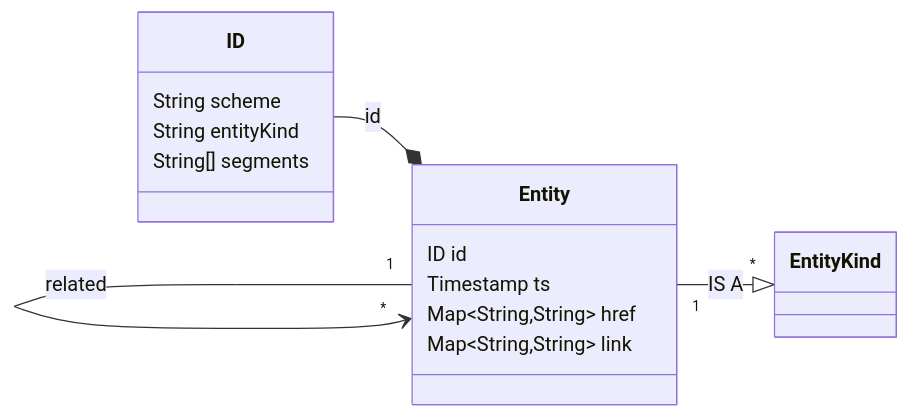
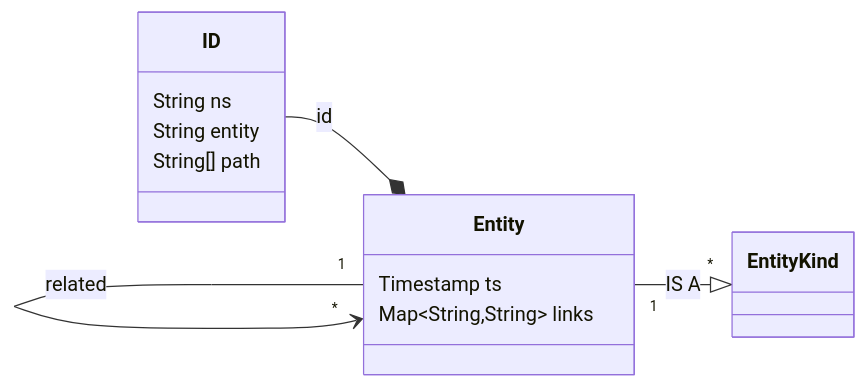
The first of 2 diagrams in docs/concepts/core-arch.md (enola-dev/enola), drawn with Mermaid before and after one commit. The commit also changed other lines of this file, not shown here.

Commit message:
fix  (docs): Fix #docrot by updating diagrams to new proto

````diff
--- a/docs/concepts/core-arch.md
+++ b/docs/concepts/core-arch.md
@@ -28,18 +28,16 @@
 ``` mermaid
 classDiagram
   direction RL
   class ID{
-    String scheme
-    String entityKind
-    String[] segments
+    String ns
+    String entity
+    String[] path
   }
   class Entity{
-    ID id
     Timestamp ts
-    Map~String,String~ href
-    Map~String,String~ link
+    Map~String,String~ links
   }
   Entity *-- ID : id
   Entity "1" --> "*" Entity : related
   EntityKind "*" <|-- "1" Entity : IS A
 ```
````
